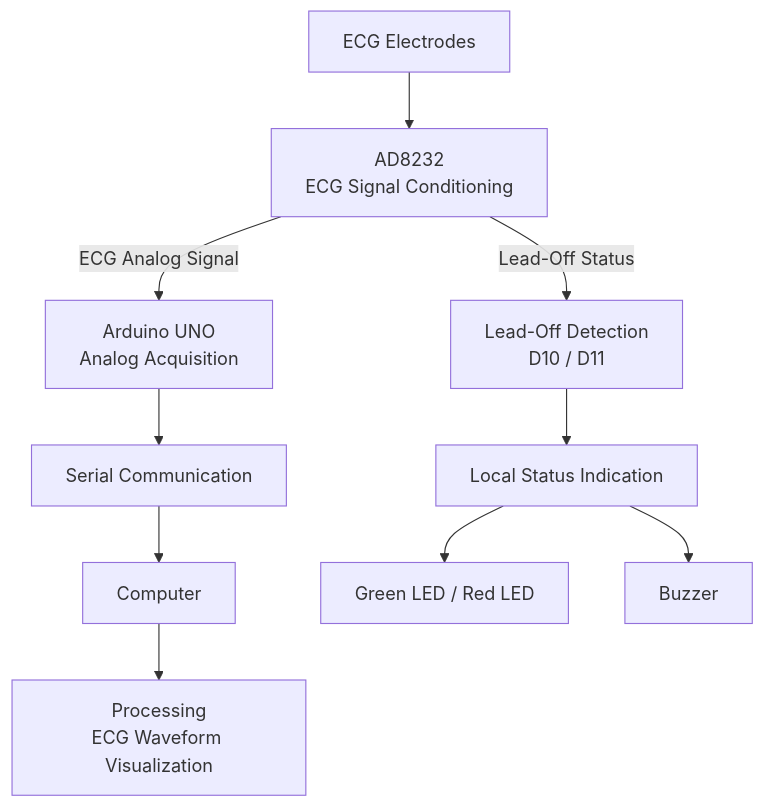
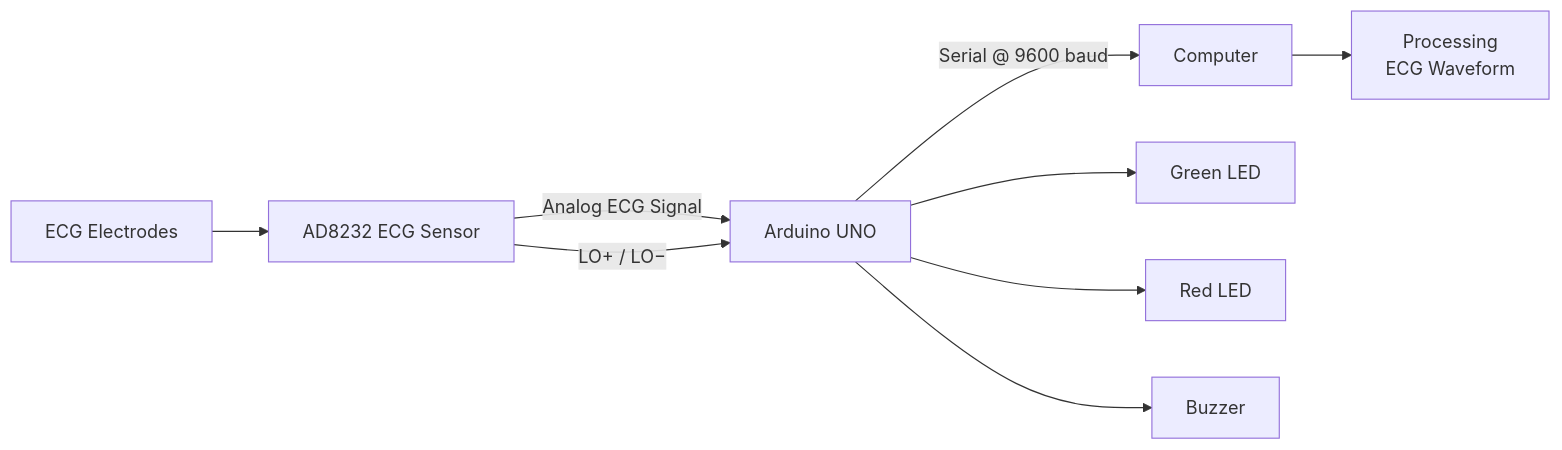
One commit to amanshukla87/ECG-Heartbeat-Monitoring-System changed the diagram in README.md. Above: the diagram before and after it, drawn with Mermaid. The commit also changed other lines of this file, not shown here.

````diff
--- a/README.md
+++ b/README.md
@@ -86,26 +112,12 @@
 ```mermaid
-flowchart TB
-    ELECTRODES["ECG Electrodes"]
-    AD8232["AD8232<br/>ECG Signal Conditioning"]
-    ARDUINO["Arduino UNO<br/>Analog Acquisition"]
+flowchart LR
+    A["ECG Electrodes"] --> B["AD8232 ECG Sensor"]
+    B -->|"Analog ECG Signal"| C["Arduino UNO"]
+    C -->|"Serial @ 9600 baud"| D["Computer"]
+    D --> E["Processing<br/>ECG Waveform"]
 
-    SERIAL["Serial Communication"]
-    COMPUTER["Computer"]
-    PROCESSING["Processing<br/>ECG Waveform Visualization"]
-
-    LEADOFF["Lead-Off Detection<br/>D10 / D11"]
-    STATUS["Local Status Indication"]
-    LEDS["Green LED / Red LED"]
-    BUZZER["Buzzer"]
-
-    ELECTRODES --> AD8232
-    AD8232 -->|"ECG Analog Signal"| ARDUINO
-    ARDUINO --> SERIAL
-    SERIAL --> COMPUTER
-    COMPUTER --> PROCESSING
-
-    AD8232 -->|"Lead-Off Status"| LEADOFF
-    LEADOFF --> STATUS
-    STATUS --> LEDS
-    STATUS --> BUZZER
+    B -->|"LO+ / LO−"| C
+    C --> F["Green LED"]
+    C --> G["Red LED"]
+    C --> H["Buzzer"]
 ```
````
